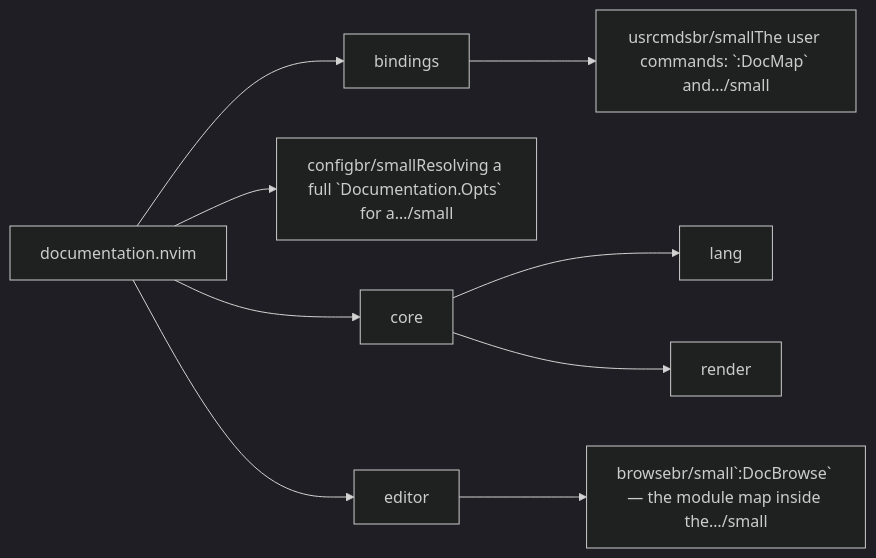
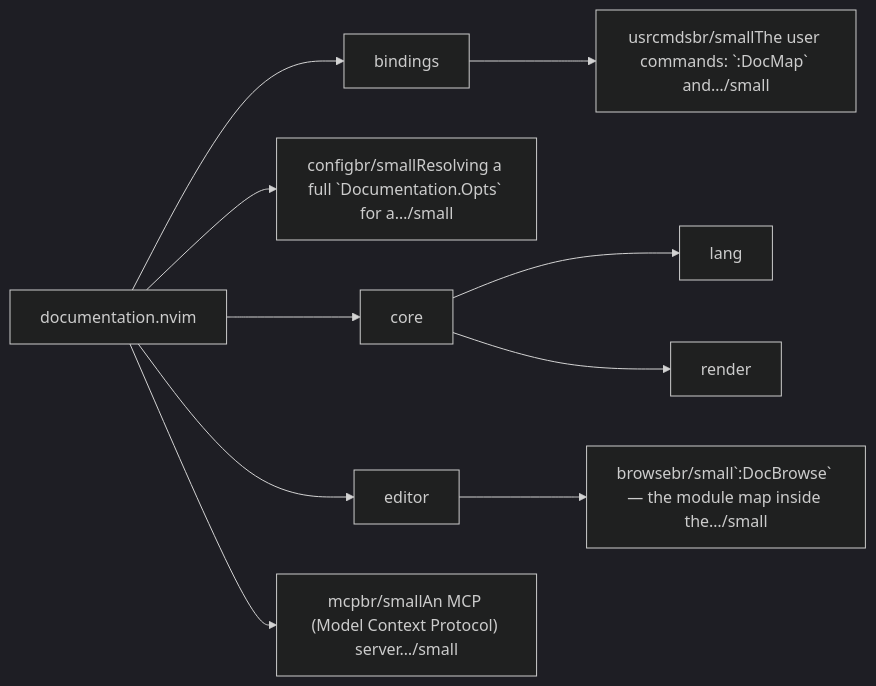
The first of 2 diagrams in docs/map/overview.md (StefanBartl/documentation.nvim), drawn with Mermaid (dark theme) before and after one commit. The commit also changed other lines of this file and 12 other files, not shown here.

````diff
--- a/docs/map/overview.md
+++ b/docs/map/overview.md
@@ -14,20 +14,22 @@
 ```mermaid
 flowchart LR
   nlua_documentation["documentation.nvim"]
   nlua_documentation_bindings["bindings"]
   nlua_documentation_bindings_usrcmds["usrcmdsbr/smallThe user commands: `:DocMap` and…/small"]
   nlua_documentation_config["configbr/smallResolving a full `Documentation.Opts` for a…/small"]
   nlua_documentation_core["core"]
   nlua_documentation_core_lang["lang"]
   nlua_documentation_core_render["render"]
   nlua_documentation_editor["editor"]
   nlua_documentation_editor_browse["browsebr/small`:DocBrowse` — the module map inside the…/small"]
+  nlua_documentation_mcp["mcpbr/smallAn MCP (Model Context Protocol) server…/small"]
   nlua_documentation --> nlua_documentation_bindings
   nlua_documentation_bindings --> nlua_documentation_bindings_usrcmds
   nlua_documentation --> nlua_documentation_config
   nlua_documentation --> nlua_documentation_core
   nlua_documentation_core --> nlua_documentation_core_lang
   nlua_documentation_core --> nlua_documentation_core_render
   nlua_documentation --> nlua_documentation_editor
   nlua_documentation_editor --> nlua_documentation_editor_browse
+  nlua_documentation --> nlua_documentation_mcp
 ```
````
